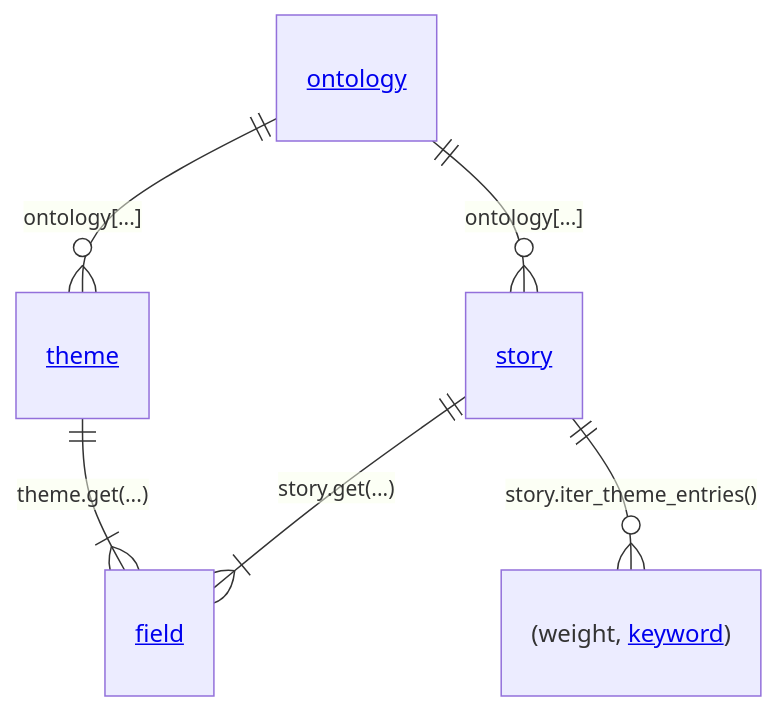
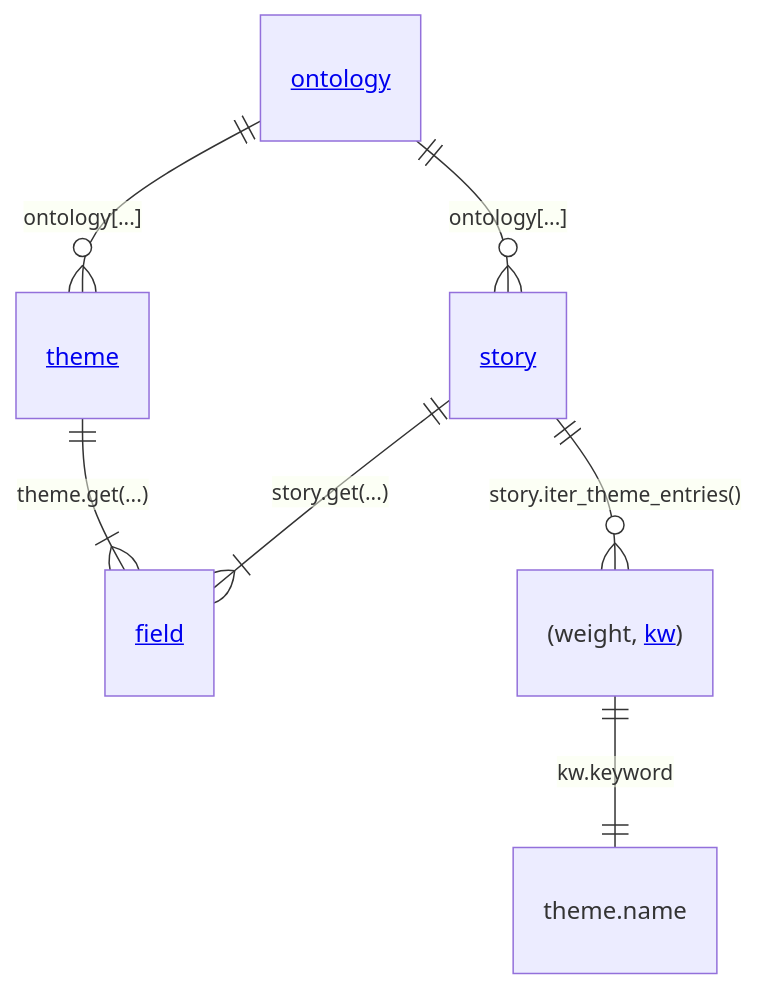
Before and after one commit to theme-ontology/python-totolo: the diagram in README.md, drawn with Mermaid.

````diff
--- a/README.md
+++ b/README.md
@@ -17,8 +17,9 @@
 ```mermaid
 erDiagram
     "<A href='https://github.com/theme-ontology/python-totolo/blob/main/totolo/ontology.py'>ontology</A>" ||--o{ "<A href='https://github.com/theme-ontology/python-totolo/blob/main/totolo/story.py'>story</A>" : "ontology[...]"
     "<A href='https://github.com/theme-ontology/python-totolo/blob/main/totolo/ontology.py'>ontology</A>" ||--o{ "<A href='https://github.com/theme-ontology/python-totolo/blob/main/totolo/theme.py'>theme</A>" : "ontology[...]"
     "<A href='https://github.com/theme-ontology/python-totolo/blob/main/totolo/theme.py'>theme</A>" ||--|{ "<A href='https://github.com/theme-ontology/python-totolo/blob/main/totolo/field.py'>field</A>" : "theme.get(...)"
     "<A href='https://github.com/theme-ontology/python-totolo/blob/main/totolo/story.py'>story</A>" ||--|{ "<A href='https://github.com/theme-ontology/python-totolo/blob/main/totolo/field.py'>field</A>" : "story.get(...)"
-    "<A href='https://github.com/theme-ontology/python-totolo/blob/main/totolo/story.py'>story</A>" ||--o{ "(weight, <A href='https://github.com/theme-ontology/python-totolo/blob/main/totolo/keyword.py'>keyword</A>)" : "story.iter_theme_entries()"
+    "<A href='https://github.com/theme-ontology/python-totolo/blob/main/totolo/story.py'>story</A>" ||--o{ "(weight, <A href='https://github.com/theme-ontology/python-totolo/blob/main/totolo/keyword.py'>kw</A>)" : "story.iter_theme_entries()"
+    "(weight, <A href='https://github.com/theme-ontology/python-totolo/blob/main/totolo/keyword.py'>kw</A>)" 1--1 "theme.name" : "kw.keyword"
 ```
````
